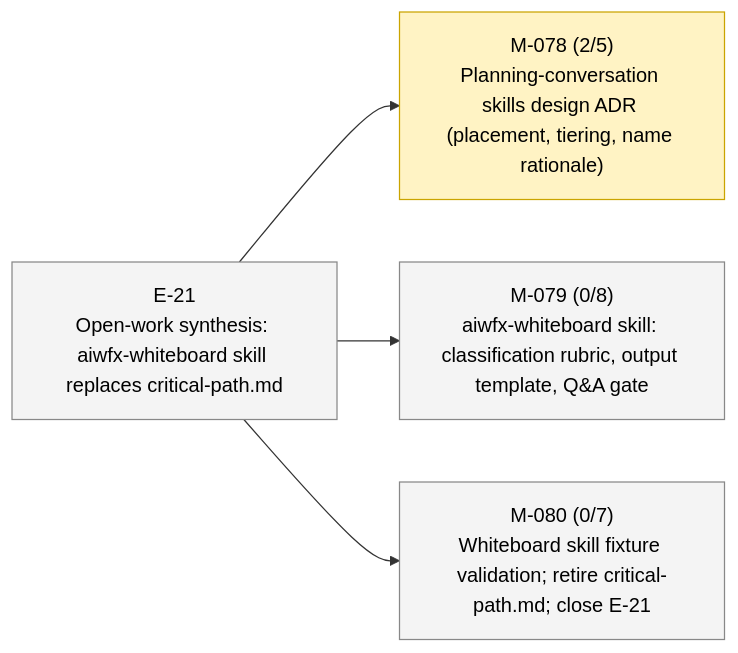
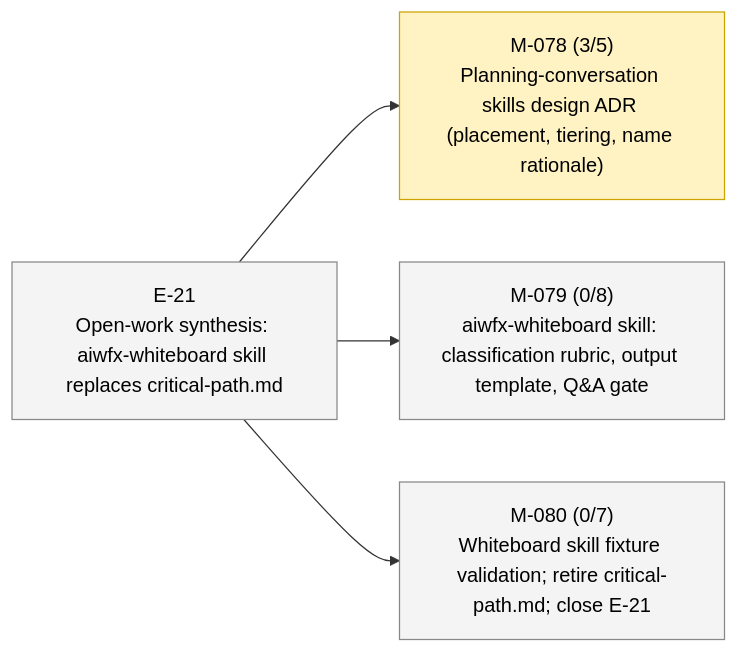
Before and after one commit to 23min/aiwf: the second of 2 diagrams in STATUS.md, drawn with Mermaid. The commit also changed other lines of this file and 1 other file, not shown here.

````diff
--- a/STATUS.md
+++ b/STATUS.md
@@ -47,16 +47,16 @@
 ```mermaid
 flowchart LR
   E_21["E-21<br/>Open-work synthesis: aiwfx-whiteboard skill replaces critical-path.md"]:::epic_proposed
-  M_078["M-078 (2/5)<br/>Planning-conversation skills design ADR (placement, tiering, name rationale)"]:::ms_in_progress
+  M_078["M-078 (3/5)<br/>Planning-conversation skills design ADR (placement, tiering, name rationale)"]:::ms_in_progress
   E_21 --> M_078
   M_079["M-079 (0/8)<br/>aiwfx-whiteboard skill: classification rubric, output template, Q&A gate"]:::ms_draft
   E_21 --> M_079
   M_080["M-080 (0/7)<br/>Whiteboard skill fixture validation; retire critical-path.md; close E-21"]:::ms_draft
   E_21 --> M_080
   classDef epic_active fill:#d6eaff,stroke:#1a73e8,color:#000
   classDef epic_proposed fill:#f4f4f4,stroke:#888,color:#000
   classDef ms_done fill:#d8f5d8,stroke:#2a8a2a,color:#000
   classDef ms_in_progress fill:#fff3c4,stroke:#caa400,color:#000
   classDef ms_draft fill:#f4f4f4,stroke:#888,color:#000
   classDef ms_cancelled fill:#fbeaea,stroke:#c33,color:#000
 ```
````
